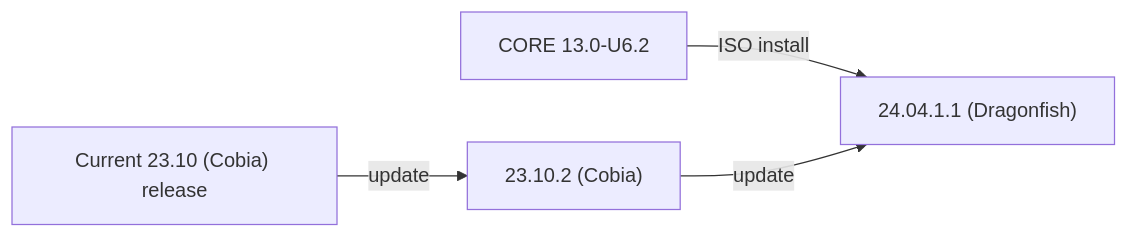
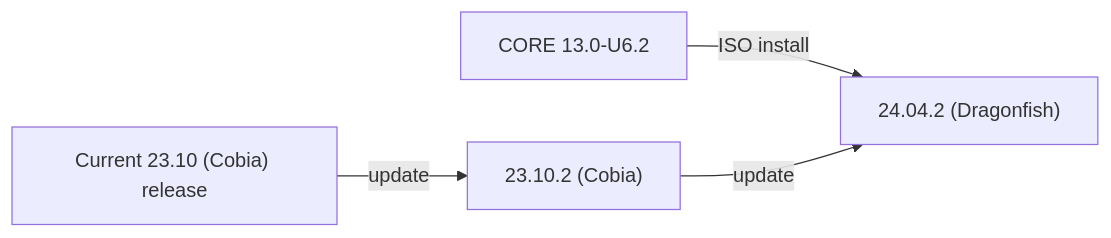
The second of 2 diagrams in static/includes/SCALEUpgradePaths.md (truenas/documentation), drawn with Mermaid before and after one commit. The commit also changed other lines of this file, not shown here.

```diff
--- a/static/includes/SCALEUpgradePaths.md
+++ b/static/includes/SCALEUpgradePaths.md
@@ -24,7 +24,7 @@
       {{< mermaid class="mermaid_sizing" >}}
       flowchart LR
         A["CORE 13.0-U6.2"] -->|ISO install| D
         B["Current 23.10 (Cobia) release"] -->|update| C
         C["23.10.2 (Cobia)"] -->|update| D
-        D["24.04.1.1 (Dragonfish)"]
+        D["24.04.2 (Dragonfish)"]
       {{< /mermaid >}}
```
